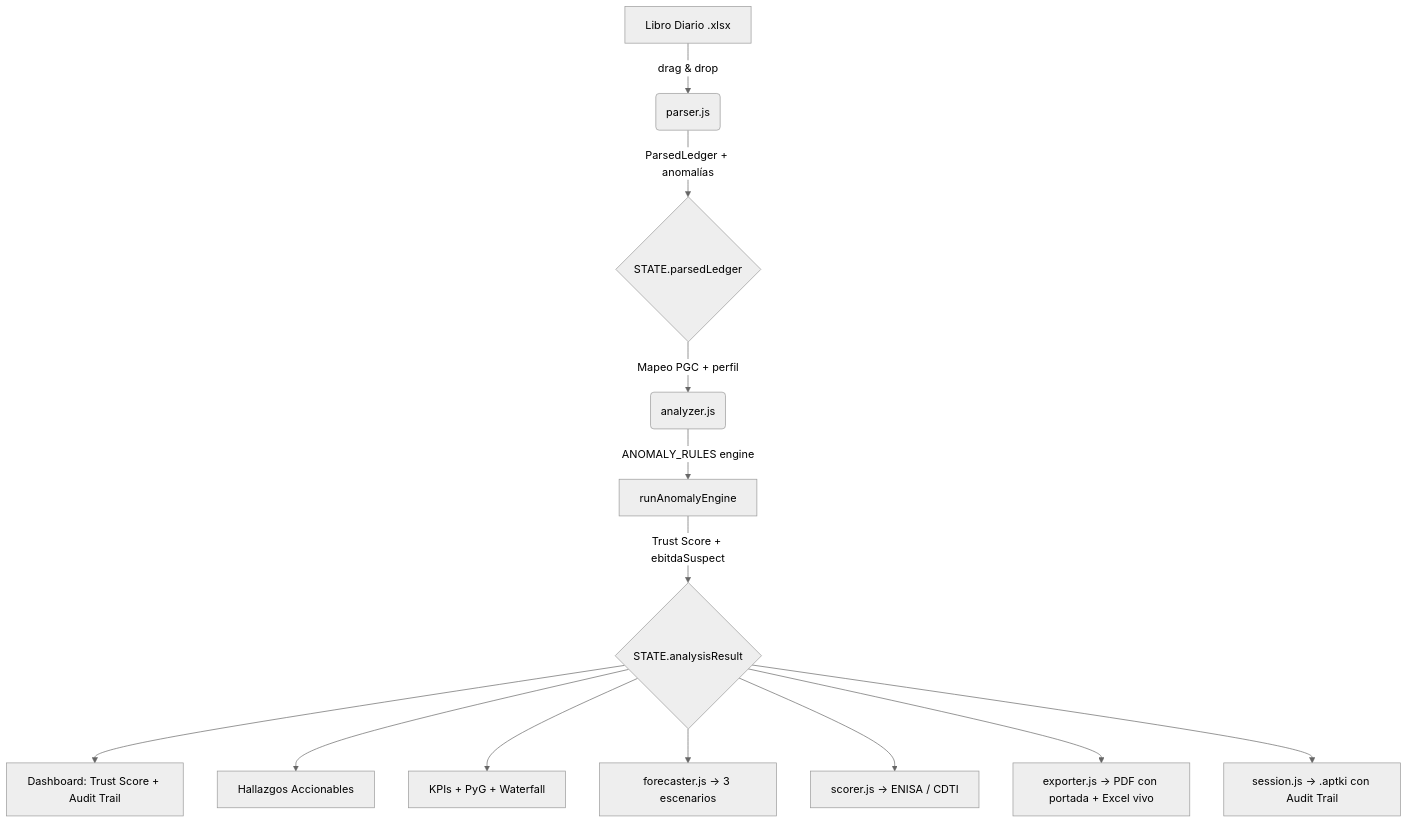
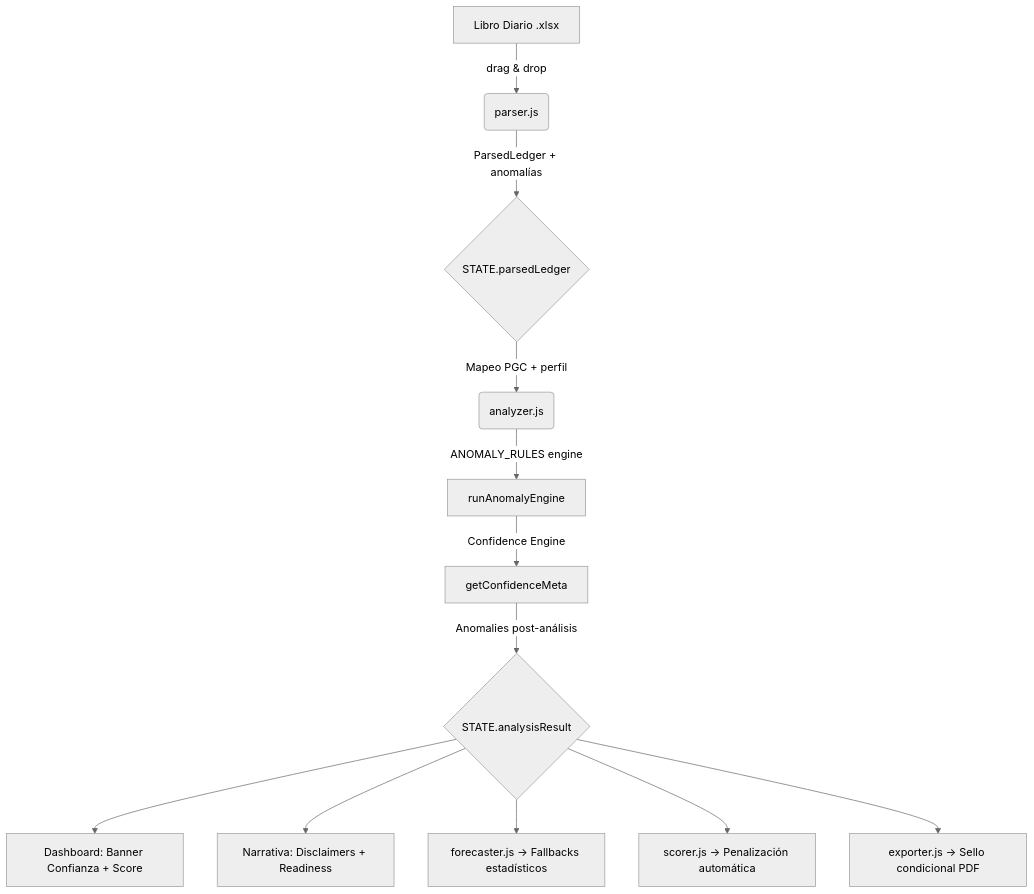
Before and after one commit to DonBorgiFR/WorkstationFinance: the diagram in ARCHITECTURE.md, drawn with Mermaid (neutral theme). The commit also changed other lines of this file and 6 other files, not shown here.

````diff
--- a/ARCHITECTURE.md
+++ b/ARCHITECTURE.md
@@ -7,16 +7,15 @@
 ```mermaid
 graph TD
     A[Libro Diario .xlsx] -->|drag & drop| B(parser.js)
     B -->|ParsedLedger + anomalías| C{STATE.parsedLedger}
     C -->|Mapeo PGC + perfil| D(analyzer.js)
     D -->|ANOMALY_RULES engine| E[runAnomalyEngine]
-    E -->|Trust Score + ebitdaSuspect| F{STATE.analysisResult}
+    E -->|Confidence Engine| F[getConfidenceMeta]
+    F -->|Anomalies post-análisis| G{STATE.analysisResult}
     
-    F --> G[Dashboard: Trust Score + Audit Trail]
-    F --> H[Hallazgos Accionables]
-    F --> I[KPIs + PyG + Waterfall]
-    F --> J[forecaster.js → 3 escenarios]
-    F --> K[scorer.js → ENISA / CDTI]
-    F --> L[exporter.js → PDF con portada + Excel vivo]
-    F --> M[session.js → .aptki con Audit Trail]
+    G --> H[Dashboard: Banner Confianza + Score]
+    G --> I[Narrativa: Disclaimers + Readiness]
+    G --> J[forecaster.js → Fallbacks estadísticos]
+    G --> K[scorer.js → Penalización automática]
+    G --> L[exporter.js → Sello condicional PDF]
 ```
````
